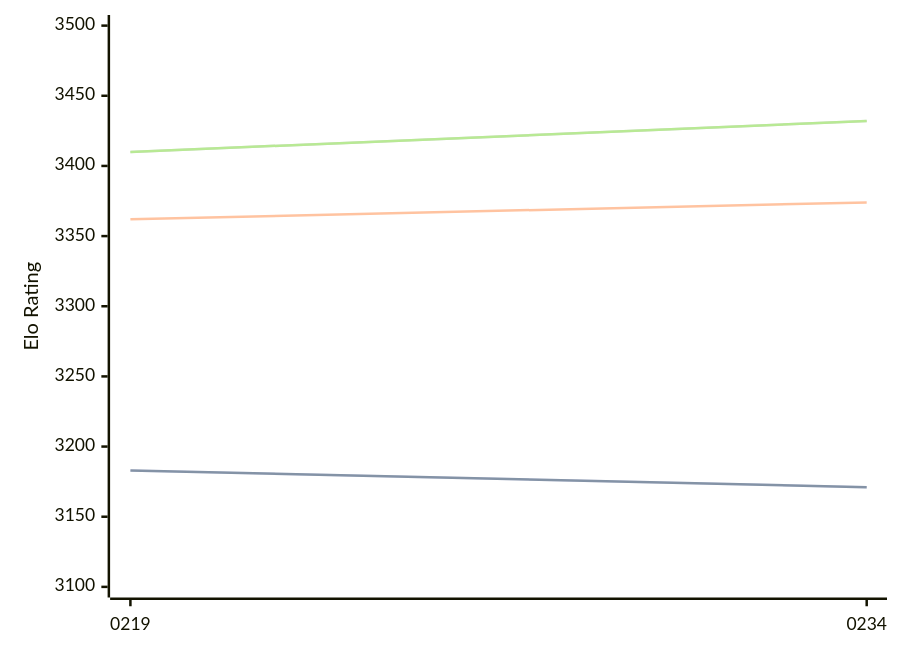
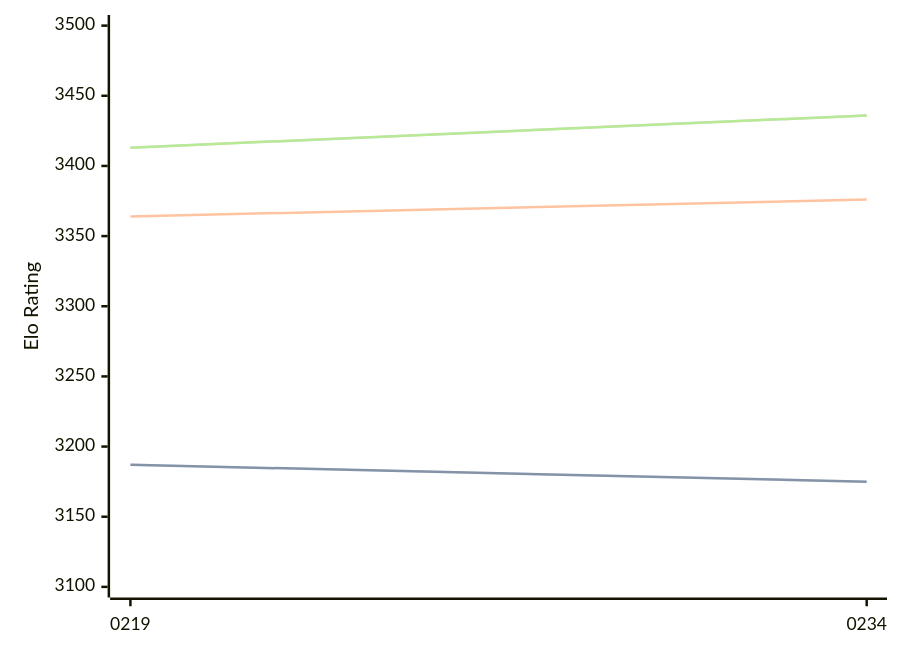
The diagram in engines/Ynode.md (computer-chess-index/cci), drawn with Mermaid before and after one commit. The commit also changed other lines of this file, not shown here.

Commit message:
Update CCI Ratings (ELO VLTC) - 2026-05-02

````diff
--- a/engines/Ynode.md
+++ b/engines/Ynode.md
@@ -39,11 +39,11 @@
 ```mermaid
 %%{init: {"theme":"base","themeVariables":{"seriesColors:['#a3a3a3','#222221','#faa371']}}}%%
 xychart-beta
   x-axis ["0219", "0234"]
   y-axis "Elo Rating" 3100 --> 3500
-  line "STC (8.0+0.08s)" [3183, 3171]
-  line "STC (8.0+0.08s)" [3183, 3171]
-  line "LTC (60.0+0.60s)" [3362, 3374]
-  line "VLTC (2m24s+1.12s)" [3410, 3432]
-  line "VLTC (2m24s+1.12s)" [3410, 3432]
+  line "STC (8.0+0.08s)" [3187, 3175]
+  line "STC (8.0+0.08s)" [3187, 3175]
+  line "LTC (60.0+0.60s)" [3364, 3376]
+  line "VLTC (2m24s+1.12s)" [3413, 3436]
+  line "VLTC (2m24s+1.12s)" [3413, 3436]
 ```
````
